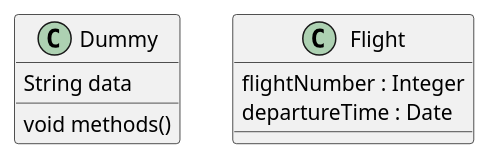
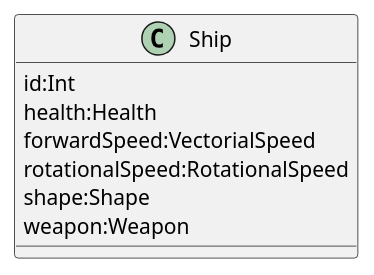
The diagram in diagram.puml (jalopbauer/starships), drawn with PlantUML before and after one commit.

```diff
--- a/diagram.puml
+++ b/diagram.puml
@@ -1,11 +1,11 @@
 @startuml
-class Dummy {
-  String data
-  void methods()
+class Ship {
+    id:Int
+    health:Health
+    forwardSpeed:VectorialSpeed
+    rotationalSpeed:RotationalSpeed
+    shape:Shape
+    weapon:Weapon
 }
 
-class Flight {
-   flightNumber : Integer
-   departureTime : Date
-}
 @enduml
```
